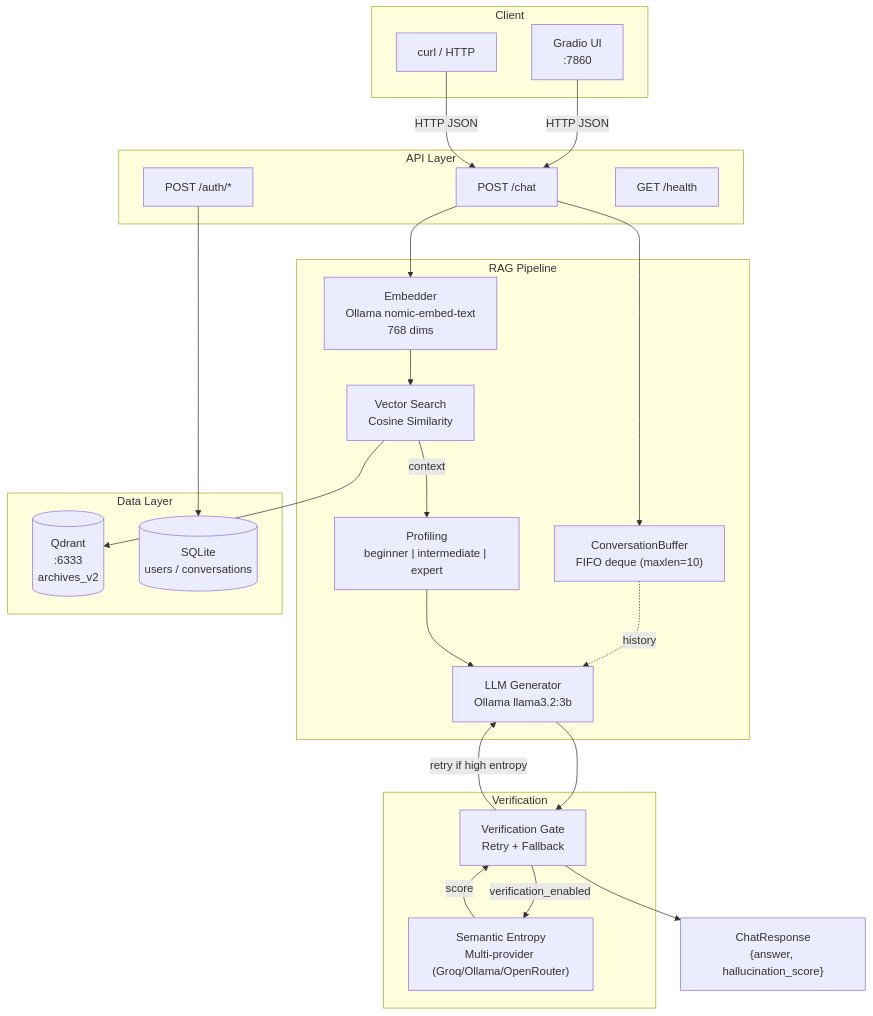
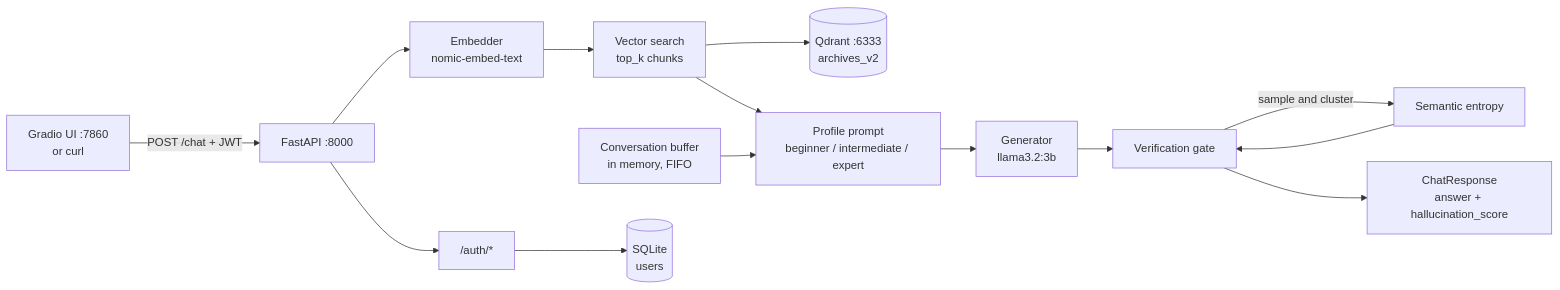
The diagram in README.md (LukeSantossz/sb100_agents), drawn with Mermaid before and after one commit. The commit also changed other lines of this file and 5 other files, not shown here.

````diff
--- a/README.md
+++ b/README.md
@@ -68,52 +65,15 @@
 ```mermaid
-flowchart TD
-    subgraph CLIENT["Client"]
-        GRADIO["Gradio UI\n:7860"]
-        CURL["curl / HTTP"]
-    end
-
-    subgraph API["API Layer"]
-        ENDPOINT["POST /chat"]
-        AUTH["POST /auth/*"]
-        HEALTH["GET /health"]
-    end
-
-    subgraph PIPELINE["RAG Pipeline"]
-        EMBED["Embedder\nOllama nomic-embed-text\n768 dims"]
-        SEARCH["Vector Search\nCosine Similarity"]
-        MEMORY["ConversationBuffer\nFIFO deque (maxlen=10)"]
-        PROFILE["Profiling\nbeginner | intermediate | expert"]
-        LLM["LLM Generator\nOllama llama3.2:3b"]
-    end
-
-    subgraph VERIFY["Verification"]
-        ENTROPY["Semantic Entropy\nMulti-provider (Groq/Ollama/OpenRouter)"]
-        GATE["Verification Gate\nRetry + Fallback"]
-    end
-
-    subgraph DATA["Data Layer"]
-        QDRANT[("Qdrant\n:6333\narchives_v2")]
-        SQLITE[("SQLite\nusers / conversations")]
-    end
-
-    GRADIO -->|HTTP JSON| ENDPOINT
-    CURL -->|HTTP JSON| ENDPOINT
-
-    ENDPOINT --> EMBED
-    EMBED --> SEARCH
-    SEARCH --> QDRANT
-
-    ENDPOINT --> MEMORY
-    MEMORY -.->|history| LLM
-    SEARCH -->|context| PROFILE
-    PROFILE --> LLM
-
-    LLM --> GATE
-    GATE -->|verification_enabled| ENTROPY
-    ENTROPY -->|score| GATE
-    GATE -->|retry if high entropy| LLM
-
-    GATE --> RESPONSE["ChatResponse\n{answer, hallucination_score}"]
-
-    AUTH --> SQLITE
+flowchart LR
+    CLIENT["Gradio UI :7860<br/>or curl"] -->|"POST /chat + JWT"| API["FastAPI :8000"]
+    API --> EMBED["Embedder<br/>nomic-embed-text"]
+    EMBED --> SEARCH["Vector search<br/>top_k chunks"]
+    SEARCH --> QDRANT[("Qdrant :6333<br/>archives_v2")]
+    SEARCH --> PROMPT["Profile prompt<br/>beginner / intermediate / expert"]
+    BUFFER["Conversation buffer<br/>in memory, FIFO"] --> PROMPT
+    PROMPT --> LLM["Generator<br/>llama3.2:3b"]
+    LLM --> GATE["Verification gate"]
+    GATE -->|"sample and cluster"| ENTROPY["Semantic entropy"]
+    ENTROPY --> GATE
+    GATE --> RESP["ChatResponse<br/>answer + hallucination_score"]
+    API --> AUTH["/auth/*"] --> SQLITE[("SQLite<br/>users")]
 ```
````
